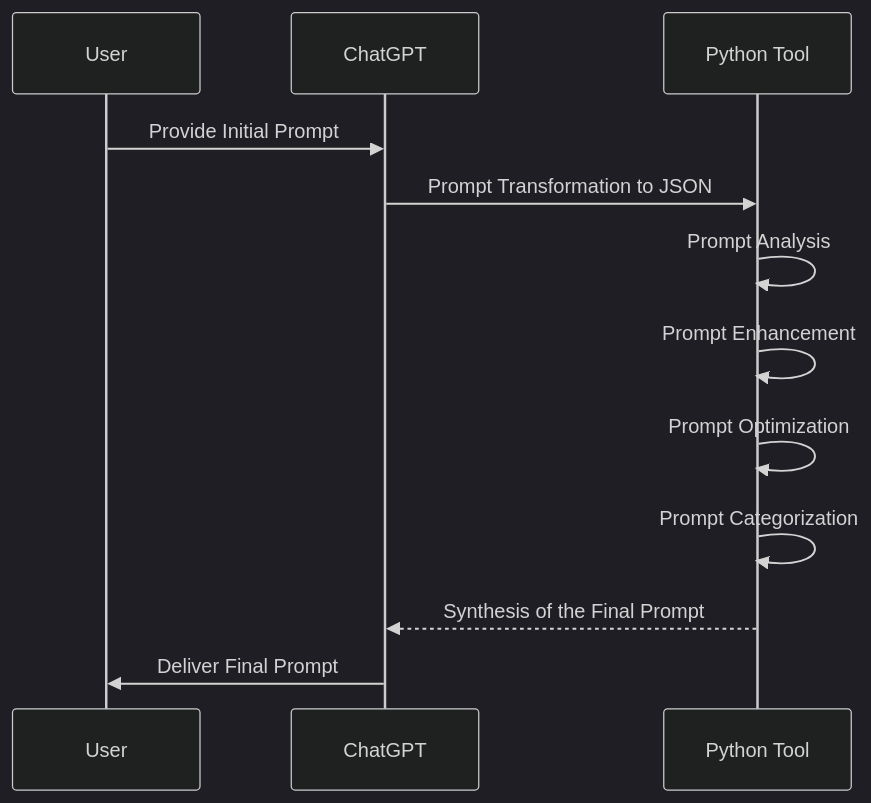
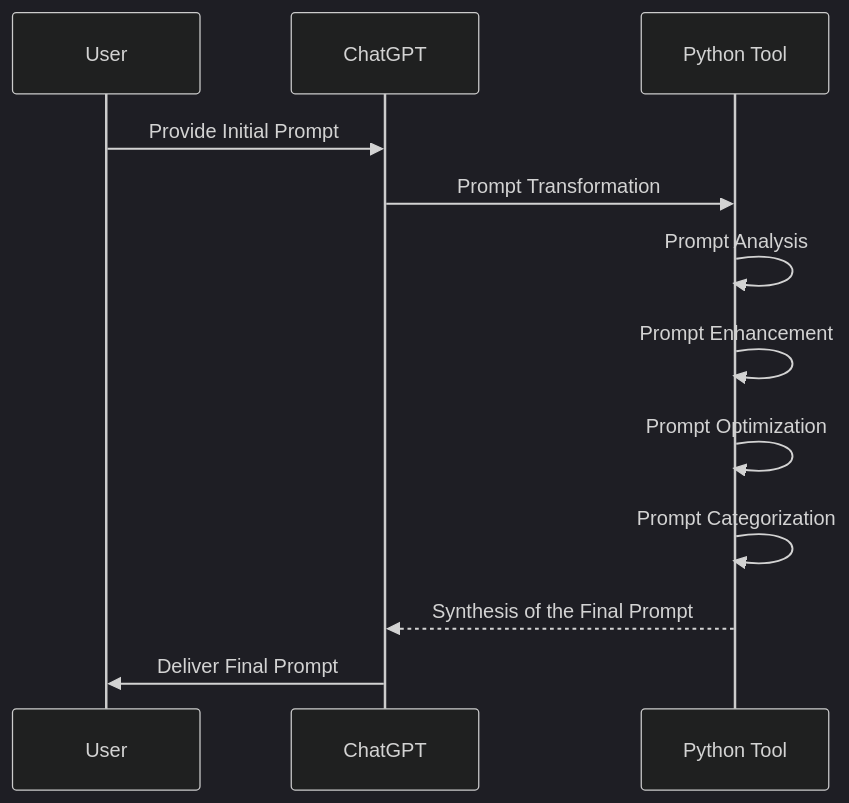
Before and after one commit to nerority/Advanced-GPTs: the sixth of 11 diagrams in README.md, drawn with Mermaid (dark theme). The commit also changed other lines of this file, not shown here.

````diff
--- a/README.md
+++ b/README.md
@@ -335,15 +335,15 @@
 ```mermaid
 sequenceDiagram
     participant user as User
     participant ChatGPT
     participant PythonTool as Python Tool
 
     user->>ChatGPT: Provide Initial Prompt
-    ChatGPT->>PythonTool: Prompt Transformation to JSON
+    ChatGPT->>PythonTool: Prompt Transformation
     PythonTool->>PythonTool: Prompt Analysis
     PythonTool->>PythonTool: Prompt Enhancement
     PythonTool->>PythonTool: Prompt Optimization
     PythonTool->>PythonTool: Prompt Categorization
     PythonTool-->>ChatGPT: Synthesis of the Final Prompt
     ChatGPT->>user: Deliver Final Prompt
 ```
````
